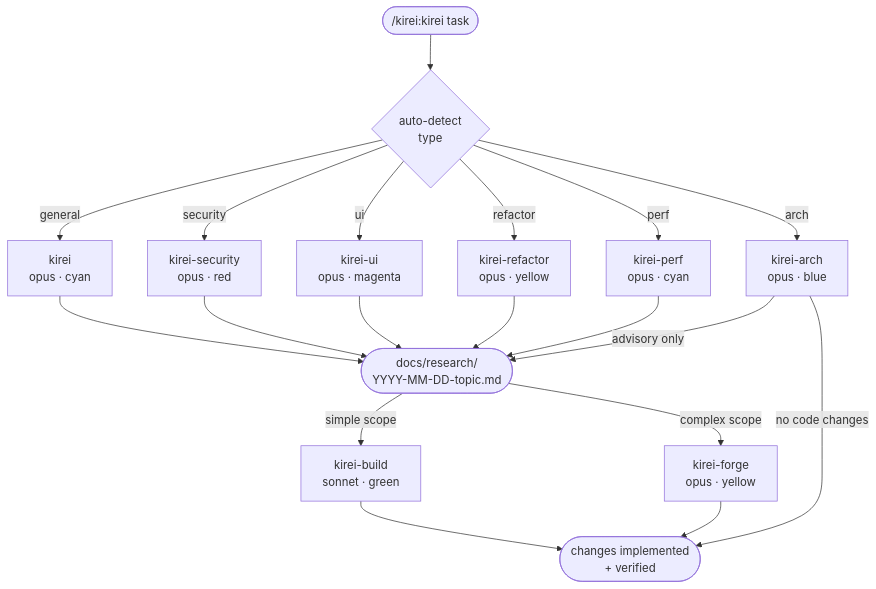
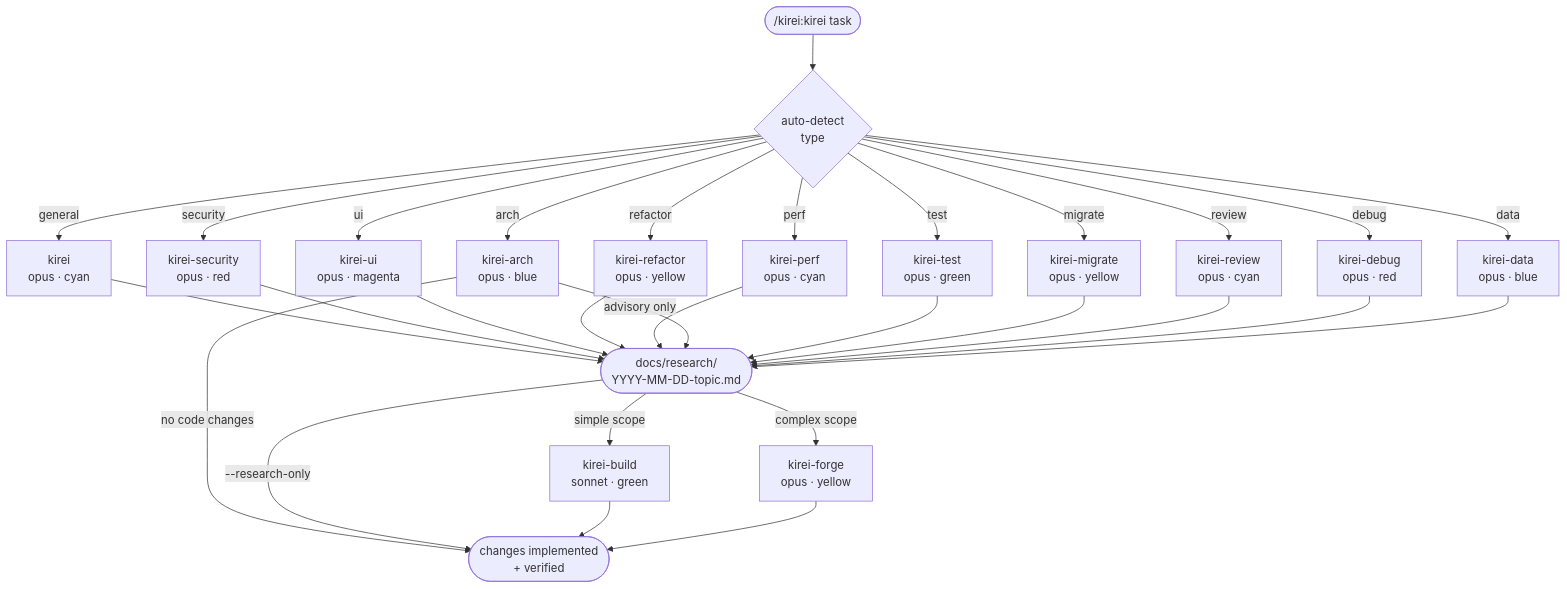
The first of 3 diagrams in README.md (Shironex/kirei), drawn with Mermaid before and after one commit. The commit also changed other lines of this file and 9 other files, not shown here.

````diff
--- a/README.md
+++ b/README.md
@@ -24,29 +54,40 @@
 ```mermaid
 flowchart TD
     skill(["/kirei:kirei task"])
 
     skill --> detect{auto-detect\ntype}
 
     detect -->|general| kirei[kirei\nopus · cyan]
     detect -->|security| sec[kirei-security\nopus · red]
     detect -->|ui| ui[kirei-ui\nopus · magenta]
     detect -->|refactor| ref[kirei-refactor\nopus · yellow]
     detect -->|perf| perf[kirei-perf\nopus · cyan]
     detect -->|arch| arch[kirei-arch\nopus · blue]
+    detect -->|test| test[kirei-test\nopus · green]
+    detect -->|migrate| mig[kirei-migrate\nopus · yellow]
+    detect -->|review| rev[kirei-review\nopus · cyan]
+    detect -->|debug| dbg[kirei-debug\nopus · red]
+    detect -->|data| data[kirei-data\nopus · blue]
 
     kirei --> findings
     sec --> findings
     ui --> findings
     ref --> findings
     perf --> findings
     arch -->|advisory only| findings
+    test --> findings
+    mig --> findings
+    rev --> findings
+    dbg --> findings
+    data --> findings
 
     findings([docs/research/\nYYYY-MM-DD-topic.md])
 
     findings -->|simple scope| build[kirei-build\nsonnet · green]
     findings -->|complex scope| forge[kirei-forge\nopus · yellow]
     arch -->|no code changes| done
+    findings -->|--research-only| done
 
     build --> done([changes implemented\n+ verified])
     forge --> done
 ```
````
